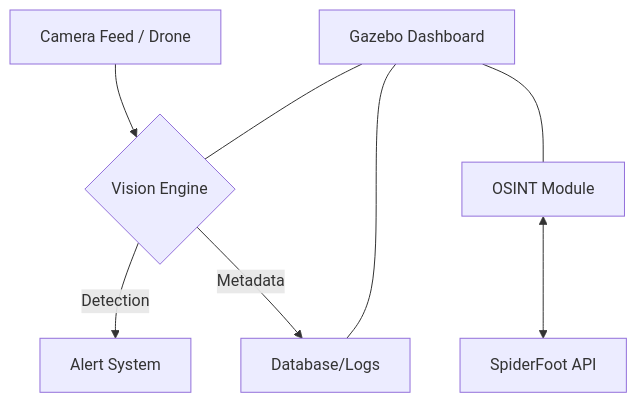
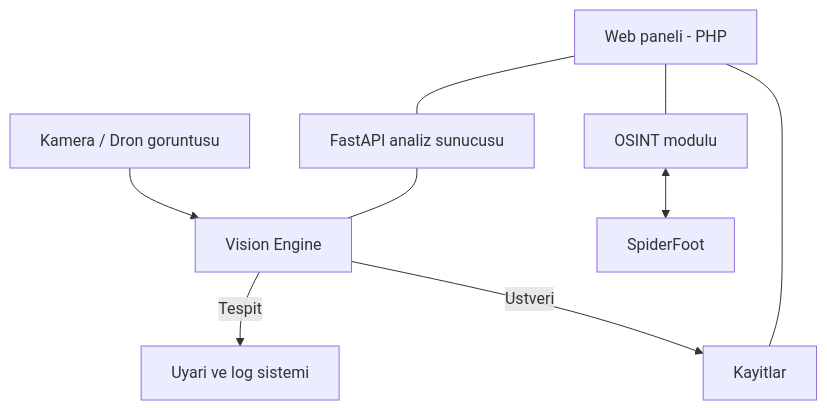
Before and after one commit to EmirhanYAZICI/Gazebo: the diagram in README.md, drawn with Mermaid. The commit also changed other lines of this file, not shown here.

````diff
--- a/README.md
+++ b/README.md
@@ -34,10 +47,11 @@
 ```mermaid
 graph TD
-    A[Camera Feed / Drone] --> B{Vision Engine}
-    B -->|Detection| C[Alert System]
-    B -->|Metadata| D[Database/Logs]
-    E[OSINT Module] <--> F[SpiderFoot API]
-    G[Gazebo Dashboard] --- B
+    A[Kamera / Dron goruntusu] --> B[Vision Engine]
+    B -->|Tespit| C[Uyari ve log sistemi]
+    B -->|Ustveri| D[Kayitlar]
+    E[OSINT modulu] <--> F[SpiderFoot]
+    G[Web paneli - PHP] --- H[FastAPI analiz sunucusu]
+    H --- B
     G --- E
     G --- D
 ```
````
